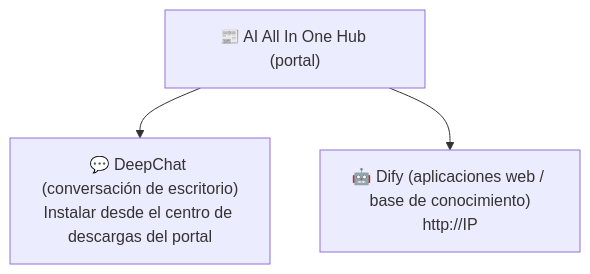
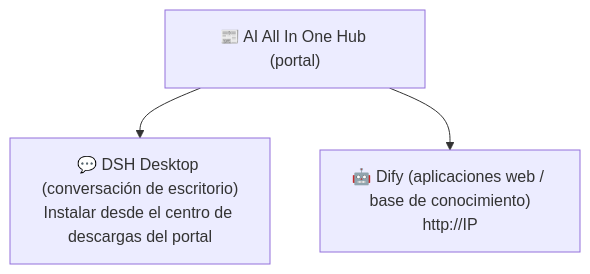
The diagram in docs/i18n/user-manual-es/ch01-about.md (sdlyxianchao/AIAllInOne), drawn with Mermaid before and after one commit. The commit also changed other lines of this file and 306 other files, not shown here.

````diff
--- a/docs/i18n/user-manual-es/ch01-about.md
+++ b/docs/i18n/user-manual-es/ch01-about.md
@@ -17,5 +17,5 @@
 ```mermaid
 flowchart TB
-    A["📰 AI All In One Hub (portal)"] --> B["💬 DeepChat (conversación de escritorio)<br/>Instalar desde el centro de descargas del portal"]
+    A["📰 AI All In One Hub (portal)"] --> B["💬 DSH Desktop (conversación de escritorio)<br/>Instalar desde el centro de descargas del portal"]
     A["📰 AI All In One Hub (portal)"] --> C["🤖 Dify (aplicaciones web / base de conocimiento)<br/>http://IP"]
 ```
````
